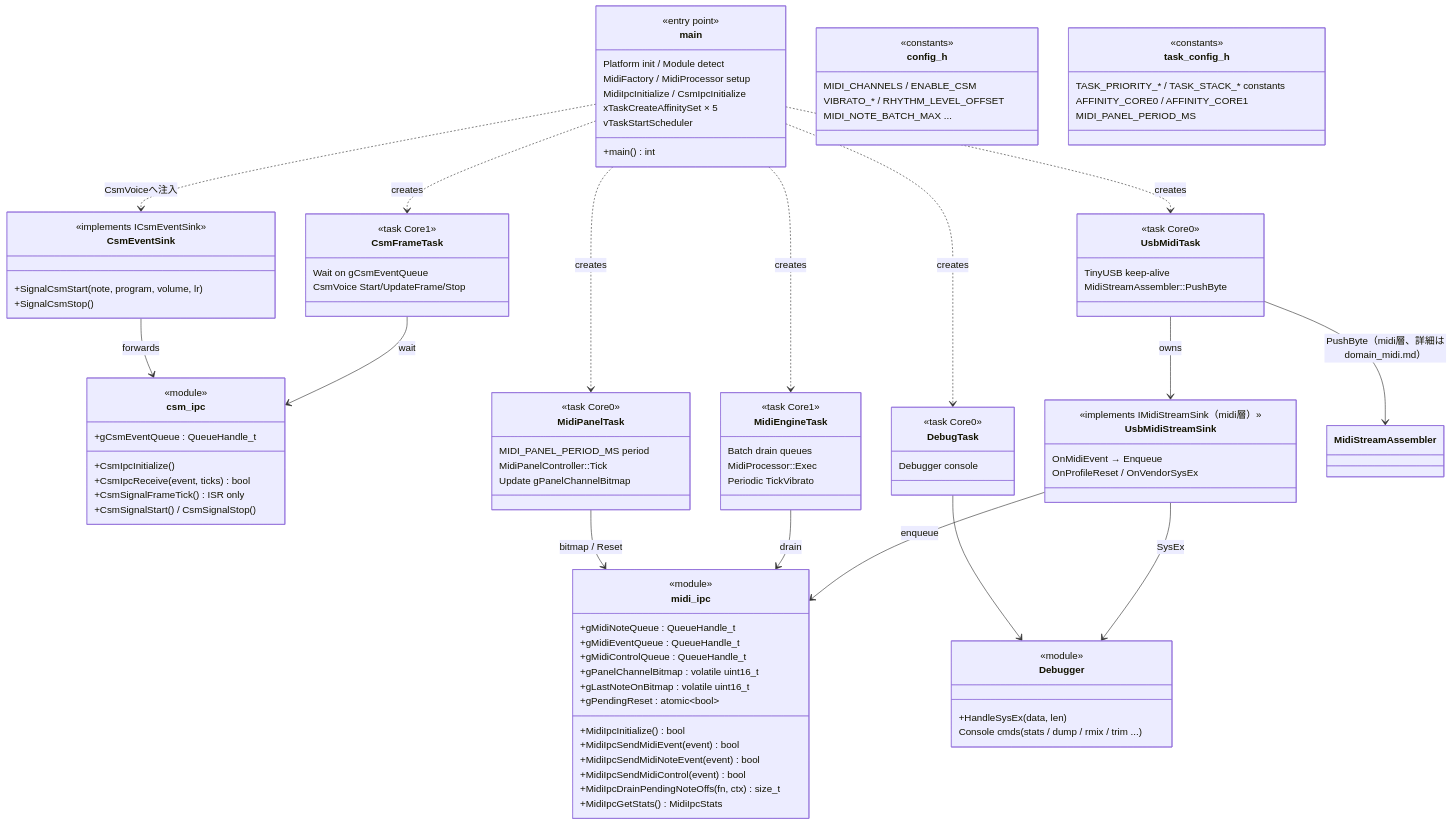
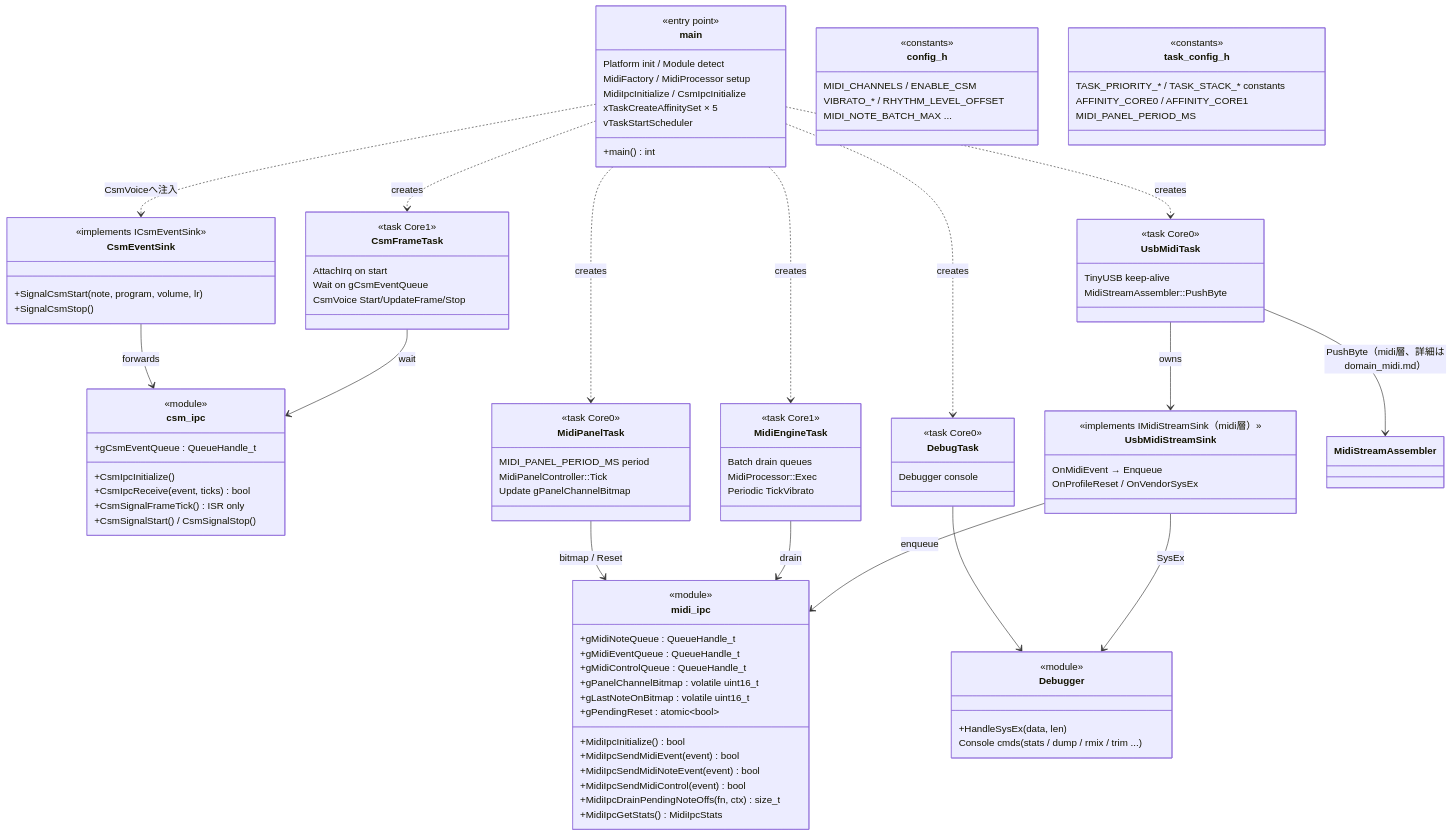
Before and after one commit to 46nori/FMSynthEnsembleV3: the diagram in doc/domain/domain_app.md, drawn with Mermaid. The commit also changed 7 other files, not shown here.

```diff
--- a/doc/domain/domain_app.md
+++ b/doc/domain/domain_app.md
@@ -79,6 +79,7 @@
 
     class CsmFrameTask {
         <<task Core1>>
+        AttachIrq on start
         Wait on gCsmEventQueue
         CsmVoice Start/UpdateFrame/Stop
     }
```
